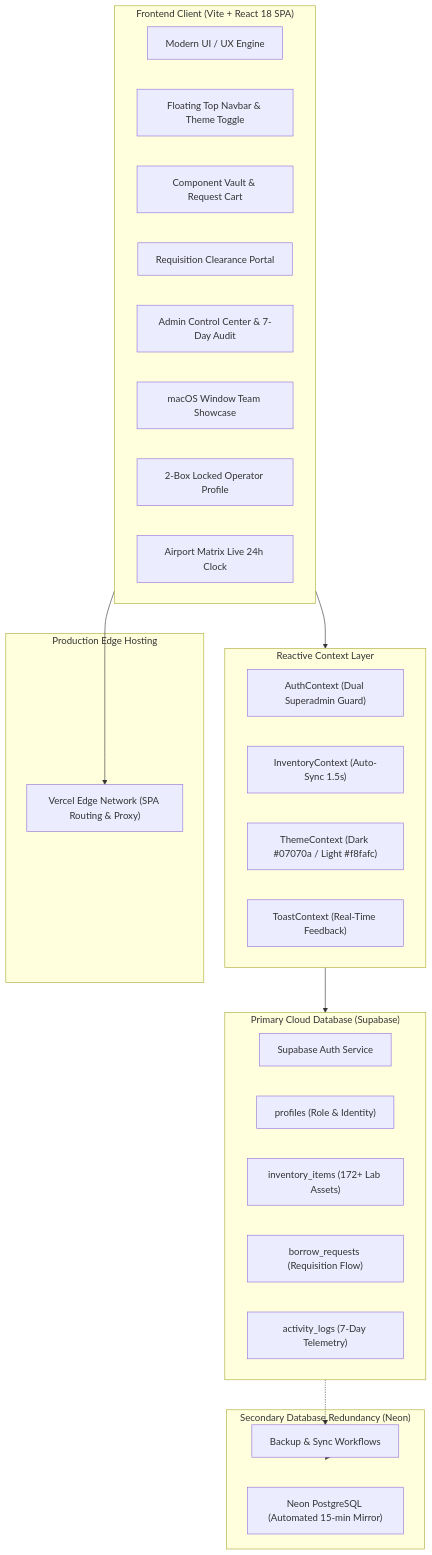
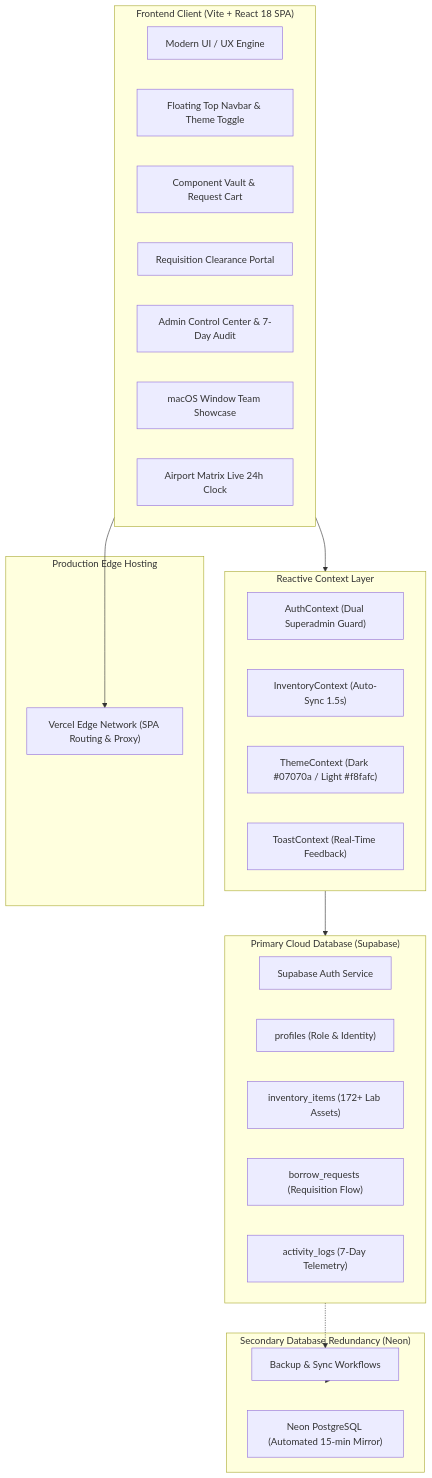
The diagram in README.md (CICR-The-Robotics-Hub-of-JIIT-128/CICR-Inventory), drawn with Mermaid before and after one commit. The commit also changed other lines of this file and 20 other files, not shown here.

First line of the commit message:
chore(release): v2.18.51 remove operator profile hub and VITE_ env prefixes

````diff
--- a/README.md
+++ b/README.md
@@ -43,42 +43,41 @@
 ```mermaid
 flowchart TD
     subgraph Client["Frontend Client (Vite + React 18 SPA)"]
         UI["Modern UI / UX Engine"]
         TopNav["Floating Top Navbar & Theme Toggle"]
         Vault["Component Vault & Request Cart"]
         Clearance["Requisition Clearance Portal"]
         AdminHub["Admin Control Center & 7-Day Audit"]
         TeamShowcase["macOS Window Team Showcase"]
-        Profile["2-Box Locked Operator Profile"]
         ClockHUD["Airport Matrix Live 24h Clock"]
     end
 
     subgraph State["Reactive Context Layer"]
         AuthCtx["AuthContext (Dual Superadmin Guard)"]
         InvCtx["InventoryContext (Auto-Sync 1.5s)"]
         ThemeCtx["ThemeContext (Dark #07070a / Light #f8fafc)"]
         ToastCtx["ToastContext (Real-Time Feedback)"]
     end
 
     subgraph Cloud["Primary Cloud Database (Supabase)"]
         AuthService["Supabase Auth Service"]
         ProfilesTable["profiles (Role & Identity)"]
         InventoryTable["inventory_items (172+ Lab Assets)"]
         BorrowTable["borrow_requests (Requisition Flow)"]
         LogsTable["activity_logs (7-Day Telemetry)"]
     end
 
     subgraph Secondary["Secondary Database Redundancy (Neon)"]
         NeonDB["Neon PostgreSQL (Automated 15-min Mirror)"]
         BackupScripts["Backup & Sync Workflows"]
     end
 
     subgraph CDN["Production Edge Hosting"]
         Vercel["Vercel Edge Network (SPA Routing & Proxy)"]
     end
 
     Client --> State
     State --> Cloud
     Cloud -.-> BackupScripts -.-> Secondary
     Client --> Vercel
 ```
````
